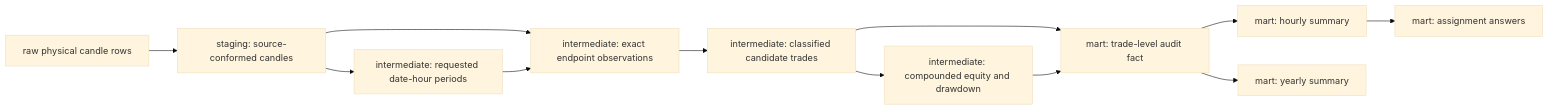
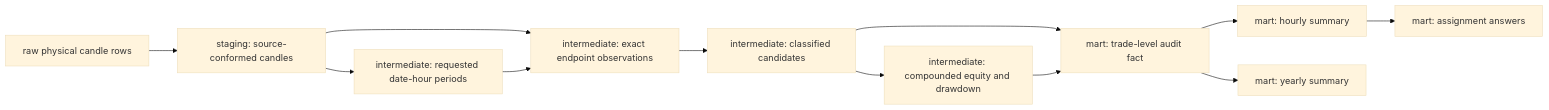
One commit to ouverz/BTCUSD-Trade-Strategies changed the diagram in README.md. Above: the diagram before and after it, drawn with Mermaid (base theme). The commit also changed other lines of this file and 7 other files, not shown here.

````diff
--- a/README.md
+++ b/README.md
@@ -35,14 +37,14 @@
 ```mermaid
 flowchart LR
     raw["raw physical candle rows"] --> stg["staging: source-conformed candles"]
     stg --> periods["intermediate: requested date-hour periods"]
     stg --> endpoints["intermediate: exact endpoint observations"]
     periods --> endpoints
-    endpoints --> trades["intermediate: classified candidate trades"]
+    endpoints --> trades["intermediate: classified candidates"]
     trades --> equity["intermediate: compounded equity and drawdown"]
     trades --> fact["mart: trade-level audit fact"]
     equity --> fact
     fact --> summary["mart: hourly summary"]
     fact --> yearly["mart: yearly summary"]
     summary --> answers["mart: assignment answers"]
 ```
````
